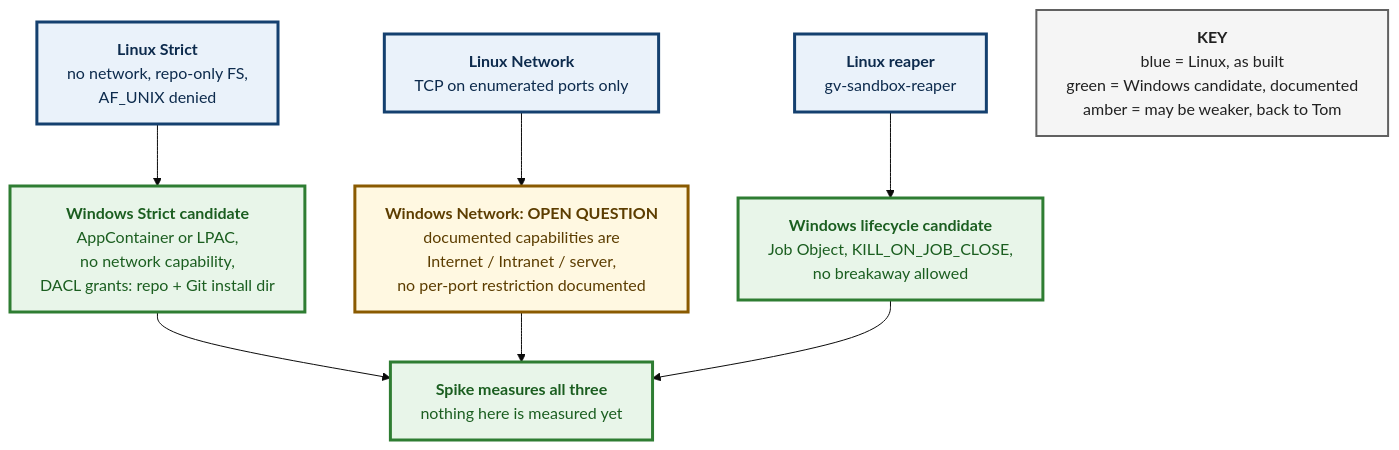
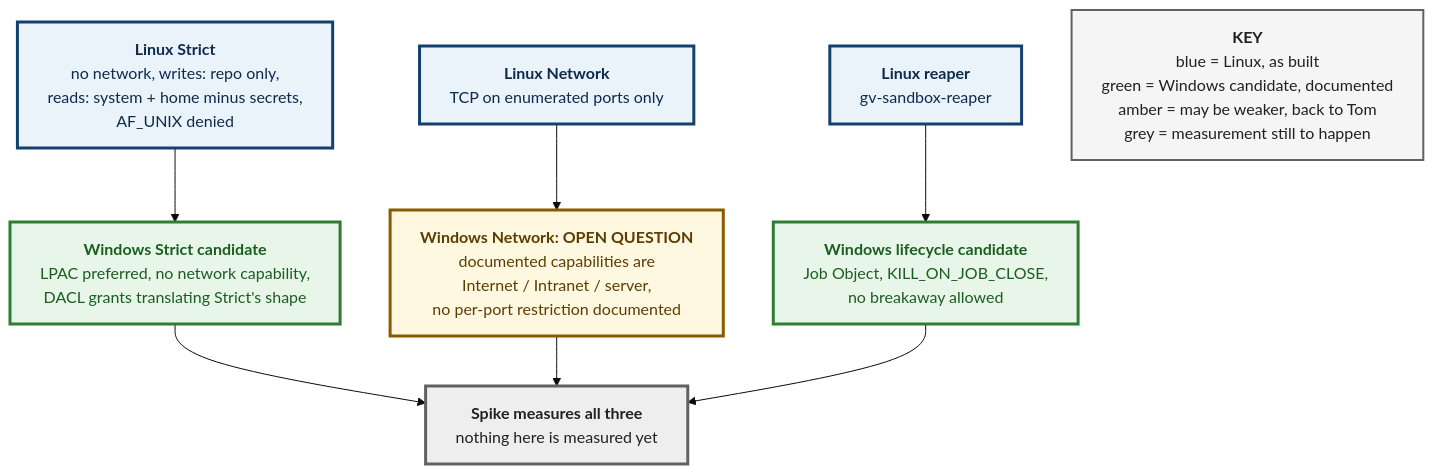
The second of 3 diagrams in docs/adr/0152-windows-containment-is-a-native-backend-and-windows-refuses-until-it-exists.md (tom2025b/git-vista), drawn with Mermaid (base theme) before and after one commit. The commit also changed other lines of this file and 1 other file, not shown here.

First line of the commit message:
docs(adr): 0152 grok round 1 — match Strict's real grants, make the spike prove them

````diff
--- a/docs/adr/0152-windows-containment-is-a-native-backend-and-windows-refuses-until-it-exists.md
+++ b/docs/adr/0152-windows-containment-is-a-native-backend-and-windows-refuses-until-it-exists.md
@@ -153,33 +208,35 @@
 ```mermaid
 ---
 config:
   flowchart:
     wrappingWidth: 460
 ---
 flowchart TD
-    LS["<b>Linux Strict</b><br/>no network, repo-only FS,<br/>AF_UNIX denied"]
+    LS["<b>Linux Strict</b><br/>no network, writes: repo only,<br/>reads: system + home minus secrets,<br/>AF_UNIX denied"]
     LN["<b>Linux Network</b><br/>TCP on enumerated ports only"]
     LR["<b>Linux reaper</b><br/>gv-sandbox-reaper"]
-    WS["<b>Windows Strict candidate</b><br/>AppContainer or LPAC,<br/>no network capability,<br/>DACL grants: repo + Git install dir"]
+    WS["<b>Windows Strict candidate</b><br/>LPAC preferred, no network capability,<br/>DACL grants translating Strict's shape"]
     WN["<b>Windows Network: OPEN QUESTION</b><br/>documented capabilities are<br/>Internet / Intranet / server,<br/>no per-port restriction documented"]
     WR["<b>Windows lifecycle candidate</b><br/>Job Object, KILL_ON_JOB_CLOSE,<br/>no breakaway allowed"]
     SPIKE["<b>Spike measures all three</b><br/>nothing here is measured yet"]
-    KEY["<b>KEY</b><br/>blue = Linux, as built<br/>green = Windows candidate, documented<br/>amber = may be weaker, back to Tom"]
+    KEY["<b>KEY</b><br/>blue = Linux, as built<br/>green = Windows candidate, documented<br/>amber = may be weaker, back to Tom<br/>grey = measurement still to happen"]
 
     LS --> WS
     LN --> WN
     LR --> WR
     WS --> SPIKE
     WN --> SPIKE
     WR --> SPIKE
 
     classDef linux fill:#eaf2fa,stroke:#14406f,stroke-width:3px,color:#0d2b4d
     classDef win fill:#e8f5e9,stroke:#2e7d32,stroke-width:3px,color:#1b5e20
     classDef open fill:#fff8e1,stroke:#8a5a00,stroke-width:3px,color:#5c3d00
+    classDef measure fill:#eeeeee,stroke:#616161,stroke-width:3px,color:#212121
     classDef legend fill:#f5f5f5,stroke:#616161,stroke-width:2px,color:#212121
 
     class LS,LN,LR linux
-    class WS,WR,SPIKE win
+    class WS,WR win
     class WN open
+    class SPIKE measure
     class KEY legend
 ```
````
